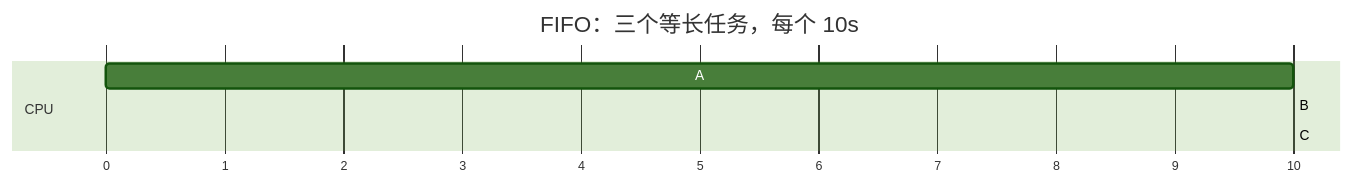
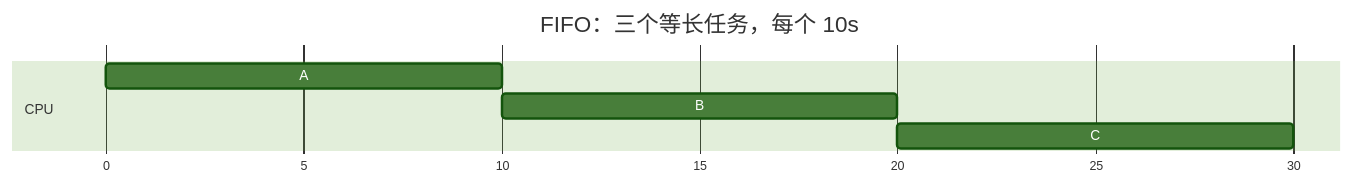
One commit to Meer-Matze/Meer-Matze.github.io changed the second of 12 diagrams in src/content/posts/CPU虚拟化.md. Above: the diagram before and after it, drawn with Mermaid (forest theme). The commit also changed other lines of this file, not shown here.

````diff
--- a/src/content/posts/CPU虚拟化.md
+++ b/src/content/posts/CPU虚拟化.md
@@ -330,10 +319,10 @@
 ```mermaid
 gantt
     title FIFO：三个等长任务，每个 10s
     dateFormat X
     axisFormat %s
     section CPU
-    A :a1, 0, 10
-    B :b1, after a1, 10
-    C :c1, after b1, 10
+    A :0, 10
+    B :20
+    C :30
 ```
````
